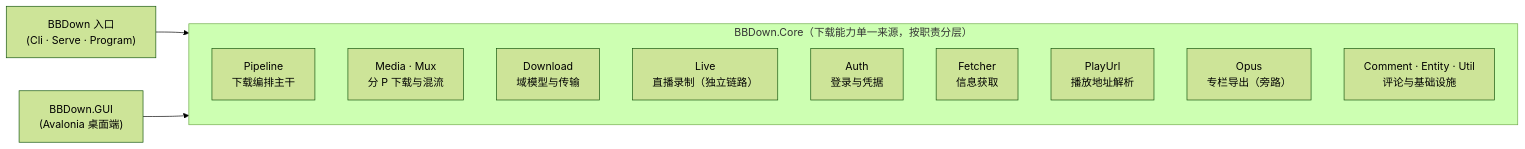
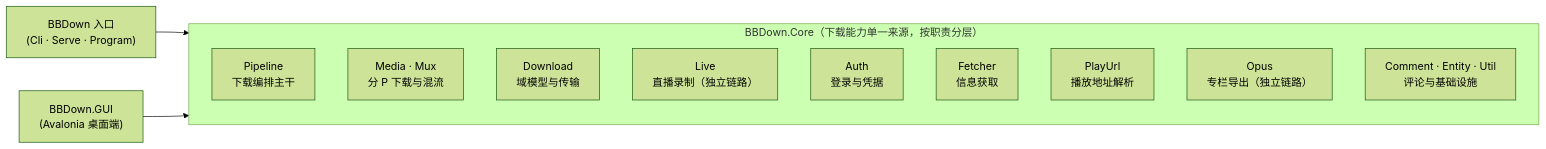
Before and after one commit to KaiHuaDou/BBDownNext: the diagram in docs/ARCHITECTURE.md, drawn with Mermaid (forest theme). The commit also changed other lines of this file and 262 other files, not shown here.

````diff
--- a/docs/ARCHITECTURE.md
+++ b/docs/ARCHITECTURE.md
@@ -19,18 +19,18 @@
 ```mermaid
 flowchart LR
     subgraph CORE["BBDown.Core（下载能力单一来源，按职责分层）"]
         direction TB
         Pipeline["Pipeline<br/>下载编排主干"]
         Media["Media · Mux<br/>分 P 下载与混流"]
         Download["Download<br/>域模型与传输"]
         Live["Live<br/>直播录制（独立链路）"]
         Auth["Auth<br/>登录与凭据"]
         Fetcher["Fetcher<br/>信息获取"]
         PlayUrl["PlayUrl<br/>播放地址解析"]
-        Opus["Opus<br/>专栏导出（旁路）"]
+        Opus["Opus<br/>专栏导出（独立链路）"]
         Comment["Comment · Entity · Util<br/>评论与基础设施"]
     end
 
     CLI["BBDown 入口<br/>(Cli · Serve · Program)"] --> CORE
     GUI["BBDown.GUI<br/>(Avalonia 桌面端)"] --> CORE
 ```
````
